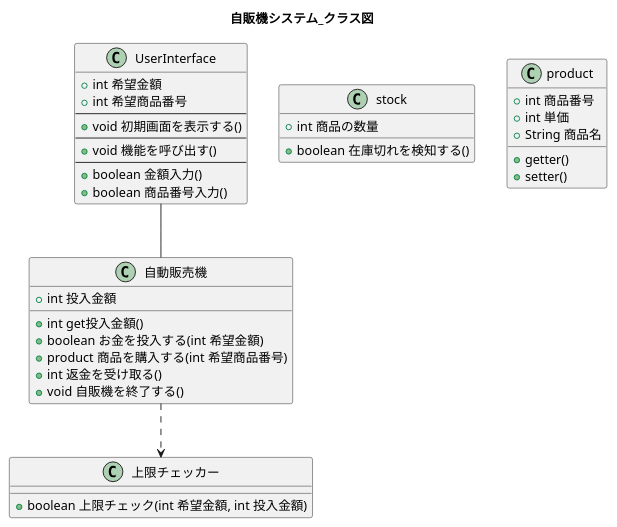
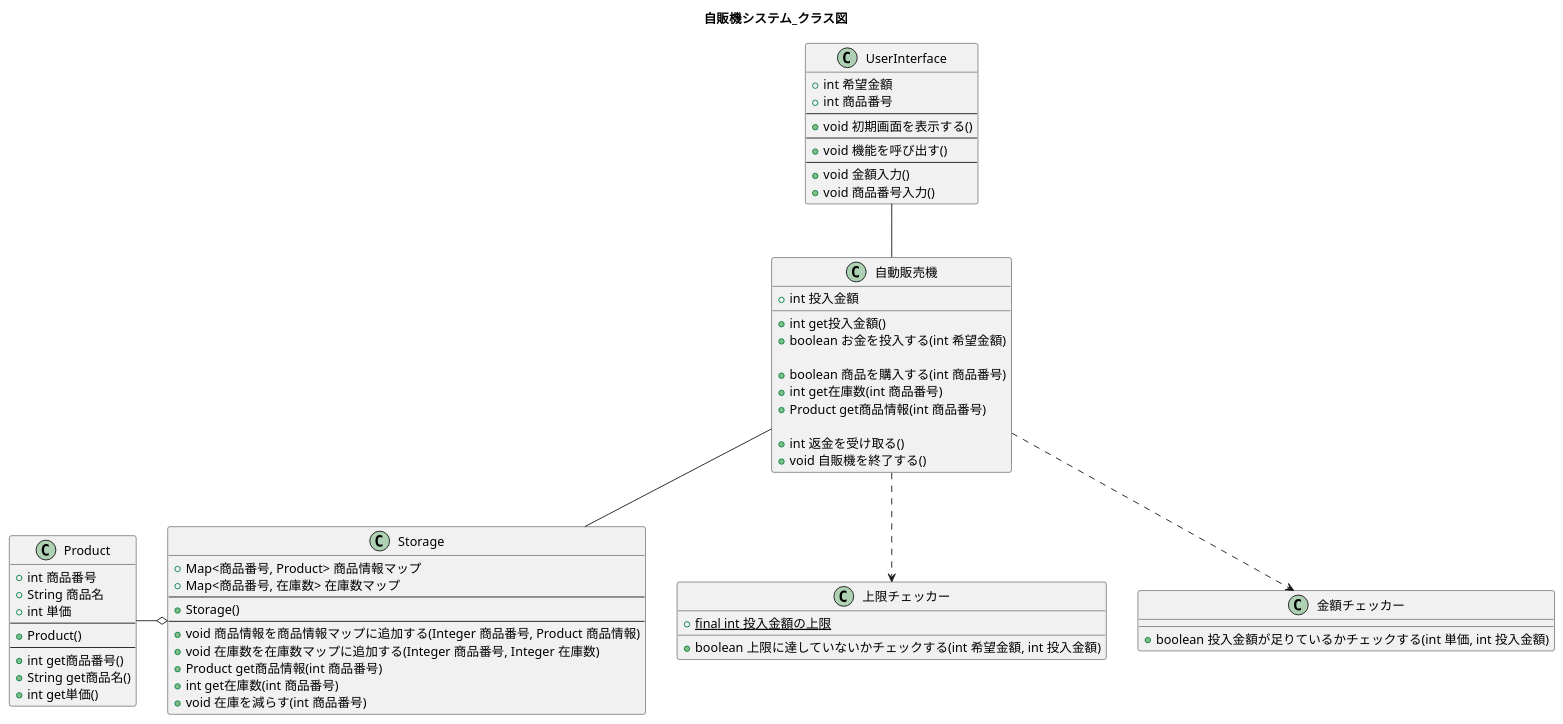
One commit to W-Nakayama-24/VendingMachine_CUI changed the diagram in UML_class_sequence/VendingMachine_classDiag.puml. Above: the diagram before and after it, drawn with PlantUML. The commit also changed 3 other files, not shown here.

Commit message:
FIX classDiag, CREATE sequence02

```diff
--- a/UML_class_sequence/VendingMachine_classDiag.puml
+++ b/UML_class_sequence/VendingMachine_classDiag.puml
@@ -1,60 +1,83 @@
 @startuml
 title 自販機システム_クラス図
 
 
 UserInterface -- 自動販売機
+自動販売機 -- Storage
 自動販売機 ..> 上限チェッカー
+自動販売機 ..> 金額チェッカー
+Product -o Storage
 
-/'
-機能呼び出し - UserInterface
-1,2,3,9を入力させて機能を呼ぶなんてのはCUIならではなので、
-自販機の本質ではない。 自販機クラスから外へ出した
-'/
+
 class UserInterface {
     +int 希望金額
-    +int 希望商品番号
+    +int 商品番号
     --
     +void 初期画面を表示する()
     --
     +void 機能を呼び出す()
     --
-    +boolean 金額入力()
-    +boolean 商品番号入力() 
+    +void 金額入力()
+    +void 商品番号入力() 
     /'
     1,2,3,9以外ならここでfalseを返し、エラーメッセージ00を表示
     '/
 }
 
 class 自動販売機 {
     +int 投入金額
     +int get投入金額()
     +boolean お金を投入する(int 希望金額)
-    +product 商品を購入する(int 希望商品番号)
+
+    +boolean 商品を購入する(int 商品番号)
+    +int get在庫数(int 商品番号)
+    +Product get商品情報(int 商品番号)
+
     +int 返金を受け取る()
     +void 自販機を終了する()
 }
 
 class 上限チェッカー{
-    +boolean 上限チェック(int 希望金額, int 投入金額)
+    +{static}final int 投入金額の上限
+    +boolean 上限に達していないかチェックする(int 希望金額, int 投入金額)
 }
 
 
-
-class stock {
-    /'
-    ここに各商品の集合体が入っている感覚
-    '/
-    +int 商品の数量
-    +boolean 在庫切れを検知する()
+class 金額チェッカー{
+    +boolean 投入金額が足りているかチェックする(int 単価, int 投入金額)
 }
 
-class product {
+class Storage {
+    +Map<商品番号, Product> 商品情報マップ
+    +Map<商品番号, 在庫数> 在庫数マップ
+    --
+    +Storage()
+    --
+    +void 商品情報を商品情報マップに追加する(Integer 商品番号, Product 商品情報)
+    +void 在庫数を在庫数マップに追加する(Integer 商品番号, Integer 在庫数)
+    +Product get商品情報(int 商品番号)
+    +int get在庫数(int 商品番号)
+    +void 在庫を減らす(int 商品番号)
+}
+
+class Product {
     +int 商品番号
+    +String 商品名
     +int 単価
-    +String 商品名
-    +getter()
-    +setter()
+    --
+    +Product()
+    --
+    +int get商品番号()
+    +String get商品名()
+    +int get単価()
+    /'
+    コンストラクタでProduct型を用意して、
+    3つの属性をひとつにまとめてmap.putできるように
+    this.num = num
+    this.price = price
+    this.name = name
+    '/
 }
 
 
 @enduml
```
